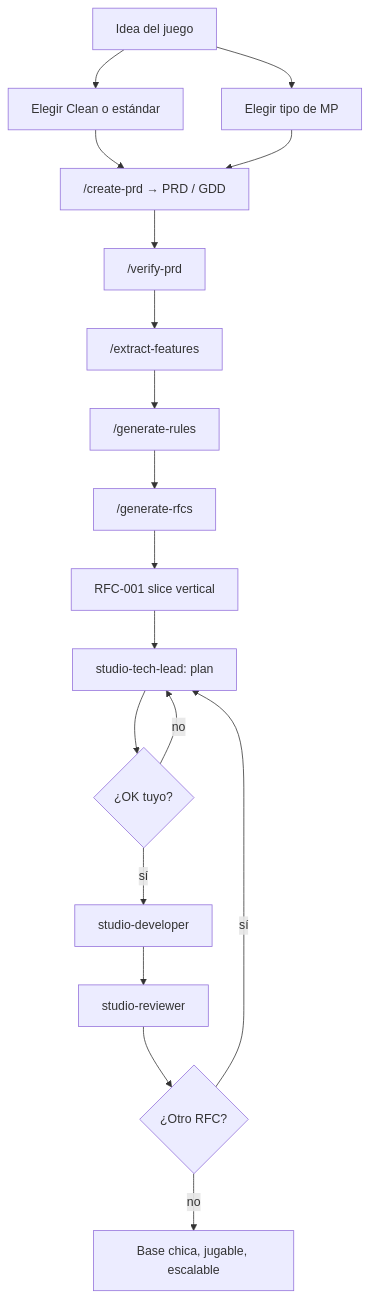
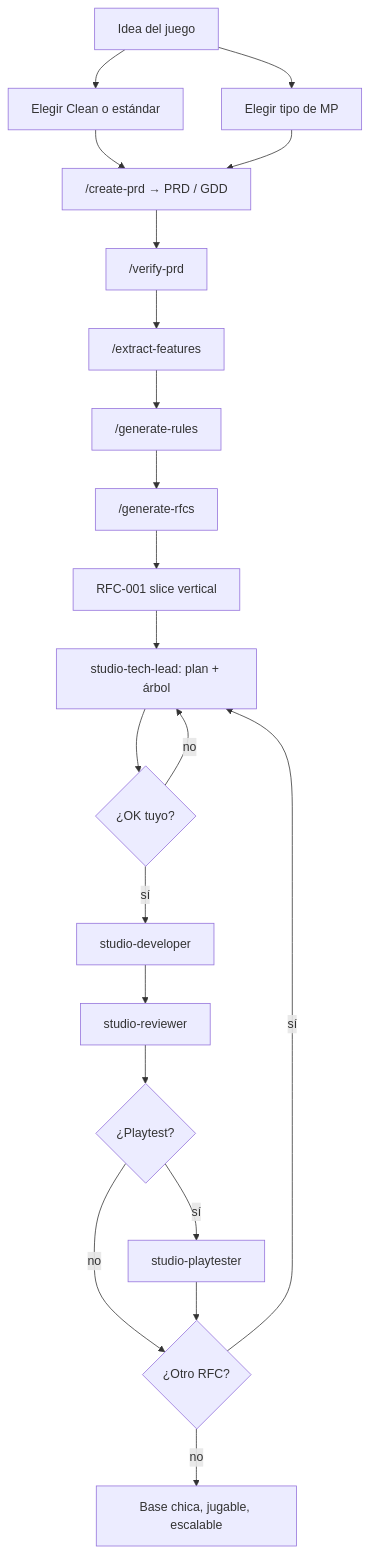
Before and after one commit to Joelnicolass/godot-studio-skills: the fourth of 4 diagrams in README.md, drawn with Mermaid. The commit also changed other lines of this file and 26 other files, not shown here.

First line of the commit message:
Add spec loop, playtest/visual agents, and optional studio memory.

````diff
--- a/README.md
+++ b/README.md
@@ -136,21 +138,24 @@
 ```mermaid
 flowchart TD
   idea[Idea del juego] --> arch[Elegir Clean o estándar]
   idea --> mp[Elegir tipo de MP]
   arch --> prd["/create-prd → PRD / GDD"]
   mp --> prd
   prd --> ver["/verify-prd"]
   ver --> feat["/extract-features"]
   feat --> rules["/generate-rules"]
   rules --> rfcs["/generate-rfcs"]
   rfcs --> slice[RFC-001 slice vertical]
 
-  slice --> plan[studio-tech-lead: plan]
+  slice --> plan[studio-tech-lead: plan + árbol]
   plan --> ok{¿OK tuyo?}
   ok -->|no| plan
   ok -->|sí| dev[studio-developer]
   dev --> rev[studio-reviewer]
-  rev --> more{¿Otro RFC?}
+  rev --> play{¿Playtest?}
+  play -->|sí| pt[studio-playtester]
+  play -->|no| more
+  pt --> more{¿Otro RFC?}
   more -->|sí| plan
   more -->|no| done[Base chica, jugable, escalable]
 ```
````
